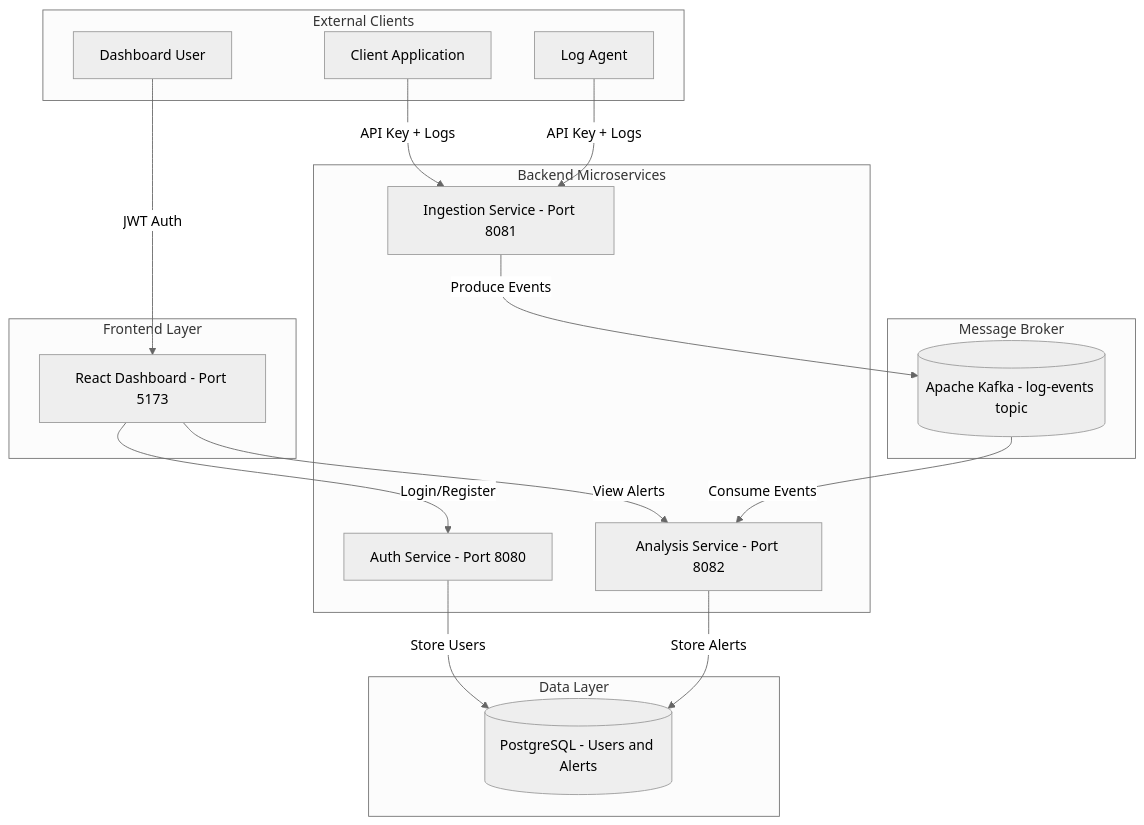
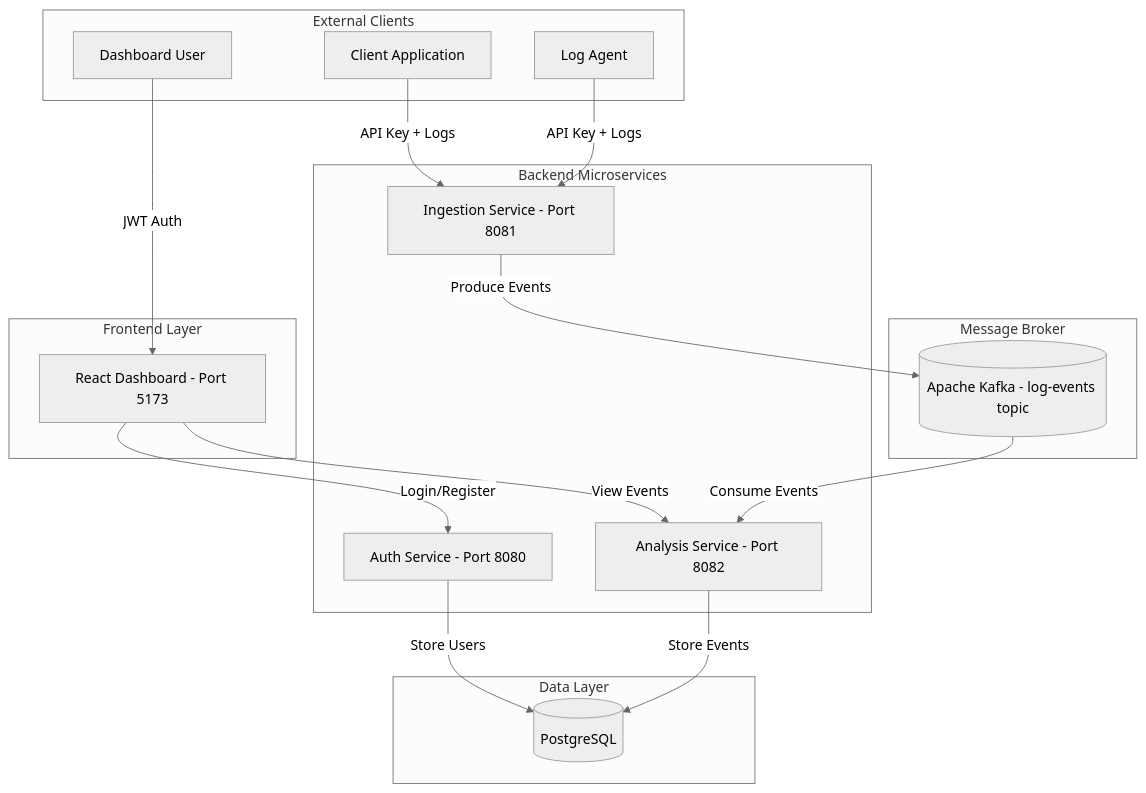
The first of 2 diagrams in README.md (MeniToledano/loganomaly), drawn with Mermaid (neutral theme) before and after one commit. The commit also changed other lines of this file and 20 other files, not shown here.

````diff
--- a/README.md
+++ b/README.md
@@ -20,38 +17,38 @@
 ```mermaid
 flowchart TB
     subgraph clients [External Clients]
         User[Dashboard User]
         App1[Client Application]
         App2[Log Agent]
     end
 
     subgraph frontend [Frontend Layer]
         UI[React Dashboard - Port 5173]
     end
 
     subgraph backend [Backend Microservices]
         Auth[Auth Service - Port 8080]
         Ingestion[Ingestion Service - Port 8081]
         Analysis[Analysis Service - Port 8082]
     end
 
     subgraph messaging [Message Broker]
         Kafka[(Apache Kafka - log-events topic)]
     end
 
     subgraph storage [Data Layer]
-        Postgres[(PostgreSQL - Users and Alerts)]
+        Postgres[(PostgreSQL)]
     end
 
     User -->|JWT Auth| UI
     UI -->|Login/Register| Auth
-    UI -->|View Alerts| Analysis
+    UI -->|View Events| Analysis
     
     App1 -->|API Key + Logs| Ingestion
     App2 -->|API Key + Logs| Ingestion
     
     Auth -->|Store Users| Postgres
     Ingestion -->|Produce Events| Kafka
     Kafka -->|Consume Events| Analysis
-    Analysis -->|Store Alerts| Postgres
+    Analysis -->|Store Events| Postgres
 ```
````
